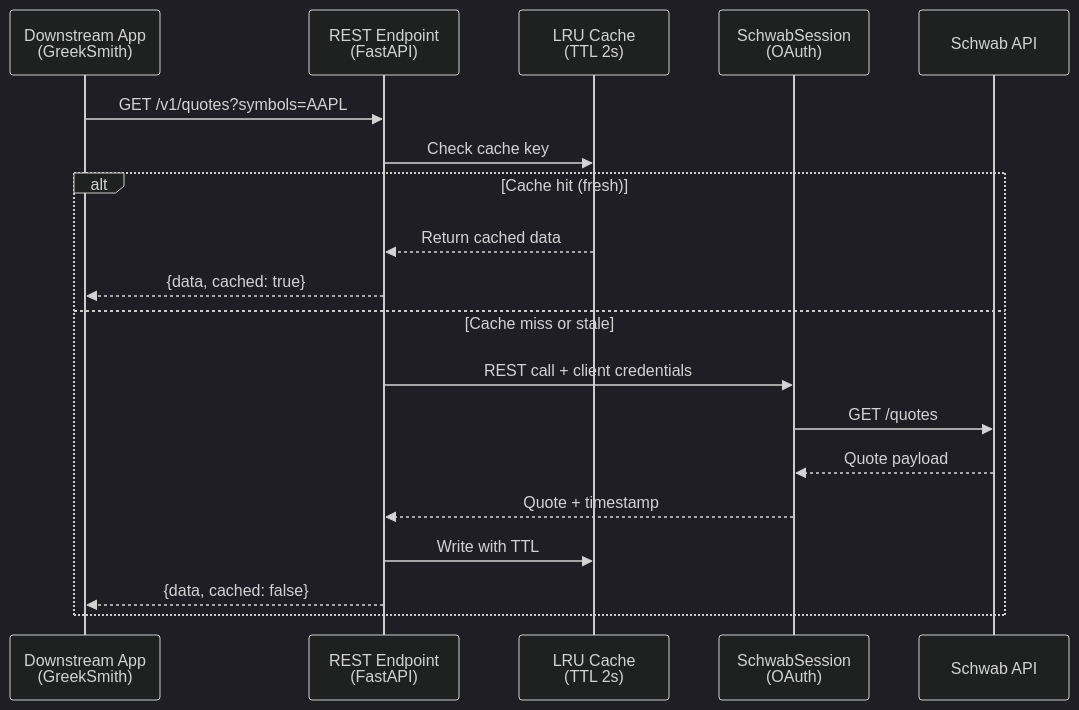
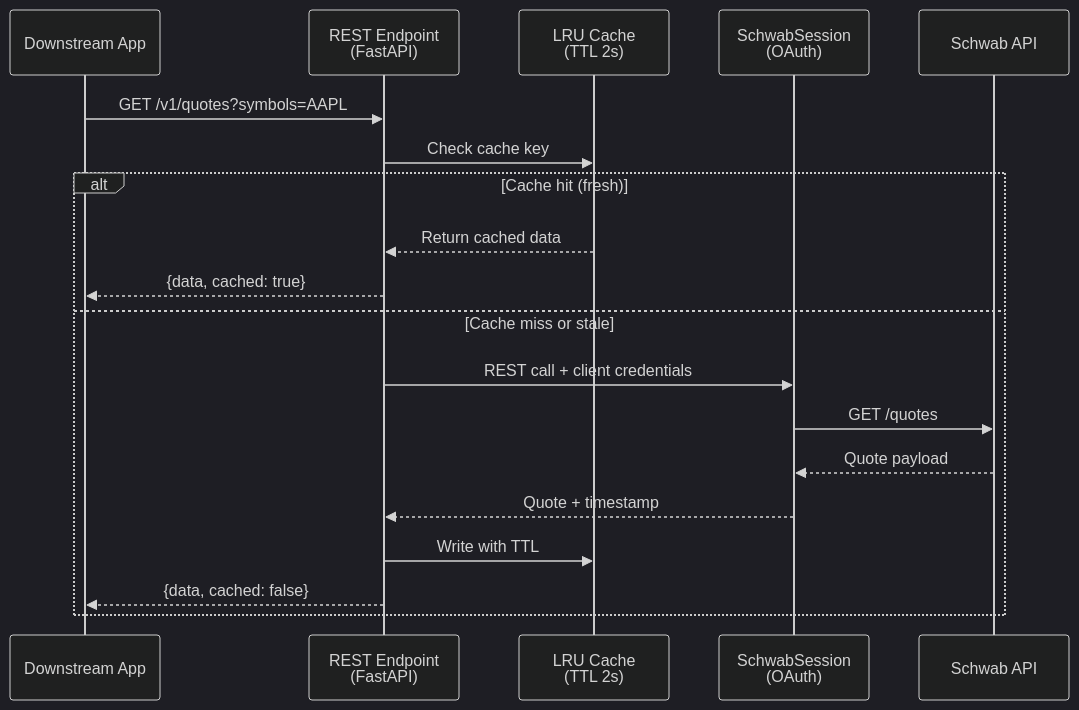
The second of 7 diagrams in README.md (10Legs/schwab-data-proxy), drawn with Mermaid (dark theme) before and after one commit. The commit also changed other lines of this file, not shown here.

````diff
--- a/README.md
+++ b/README.md
@@ -74,22 +74,22 @@
 ```mermaid
 sequenceDiagram
-    participant Client as Downstream App<br/>(GreekSmith)
+    participant Client as Downstream App
     participant Proxy as REST Endpoint<br/>(FastAPI)
     participant Cache as LRU Cache<br/>(TTL 2s)
     participant Session as SchwabSession<br/>(OAuth)
     participant Schwab as Schwab API
     
     Client->>Proxy: GET /v1/quotes?symbols=AAPL
     Proxy->>Cache: Check cache key
     alt Cache hit (fresh)
         Cache-->>Proxy: Return cached data
         Proxy-->>Client: {data, cached: true}
     else Cache miss or stale
         Proxy->>Session: REST call + client credentials
         Session->>Schwab: GET /quotes
         Schwab-->>Session: Quote payload
         Session-->>Proxy: Quote + timestamp
         Proxy->>Cache: Write with TTL
         Proxy-->>Client: {data, cached: false}
     end
 ```
````
